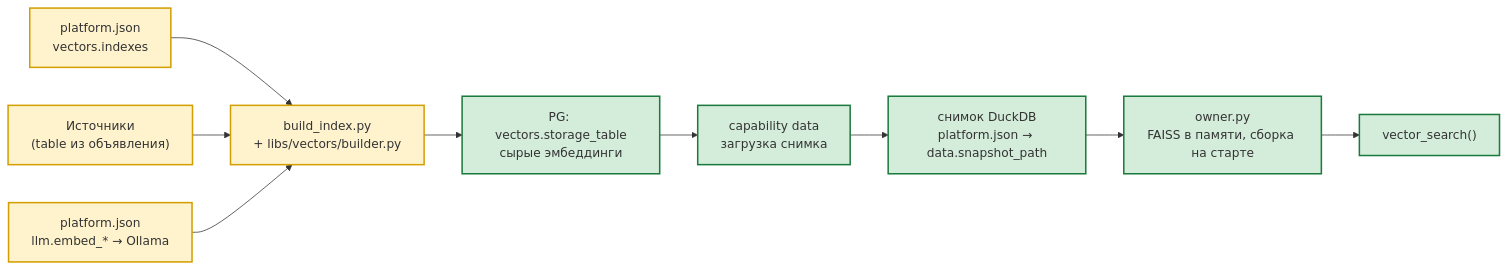
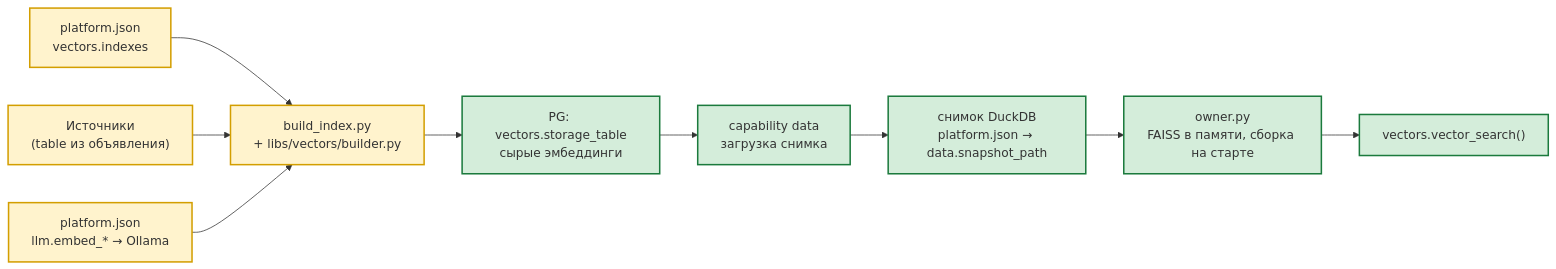
Before and after one commit to AlexEgorov85/workspaces_nanobot: the diagram in docs/VECTOR_INDEXES.md, drawn with Mermaid. The commit also changed other lines of this file and 17 other files, not shown here.

````diff
--- a/docs/VECTOR_INDEXES.md
+++ b/docs/VECTOR_INDEXES.md
@@ -35,15 +35,15 @@
 ```mermaid
 flowchart LR
     CFG["platform.json<br/>vectors.indexes"] --> BL["build_index.py<br/>+ libs/vectors/builder.py"]
     SRC["Источники<br/>(table из объявления)"] --> BL
     EMB["platform.json<br/>llm.embed_* → Ollama"] --> BL
     BL --> PG["PG: vectors.storage_table<br/>сырые эмбеддинги"]
     PG --> LOAD["capability data<br/>загрузка снимка"]
     LOAD --> SNAP["снимок DuckDB<br/>platform.json → data.snapshot_path"]
     SNAP --> OWN["owner.py<br/>FAISS в памяти, сборка на старте"]
-    OWN --> SE["vector_search()"]
+    OWN --> SE["vectors.vector_search()"]
     classDef core fill:#fff3cd,stroke:#d39e00,stroke-width:2px
     classDef infra fill:#d4edda,stroke:#1b7a3d,stroke-width:2px
     class CFG,SRC,BL,EMB core
     class PG,LOAD,SNAP,OWN,SE infra
 ```
````
